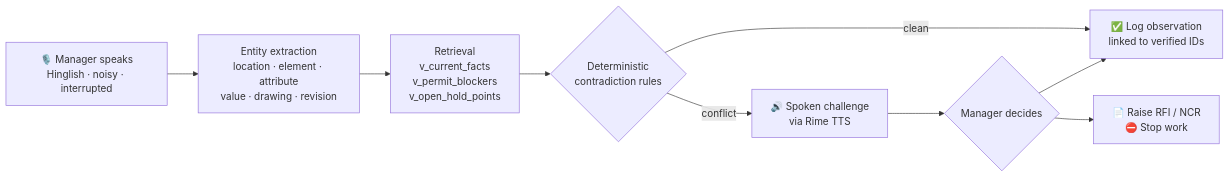
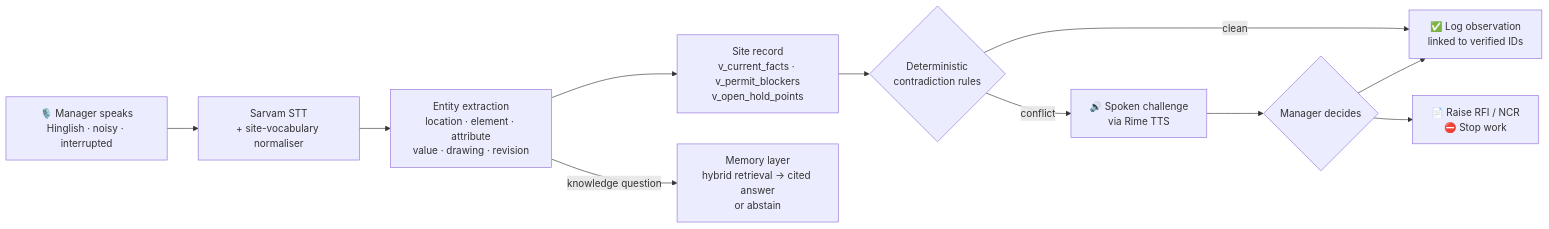
Before and after one commit to atharvavdeo/vesper-ai: the diagram in README.md, drawn with Mermaid. The commit also changed other lines of this file and 5 other files, not shown here.

Commit message:
Updated README, architecture and demo docs for v2

````diff
--- a/README.md
+++ b/README.md
@@ -65,11 +79,13 @@
 ```mermaid
 flowchart LR
-    A["🎙️ Manager speaks<br/>Hinglish · noisy · interrupted"] --> B["Entity extraction<br/>location · element · attribute<br/>value · drawing · revision"]
-    B --> C["Retrieval<br/>v_current_facts<br/>v_permit_blockers<br/>v_open_hold_points"]
+    A["🎙️ Manager speaks<br/>Hinglish · noisy · interrupted"] --> S["Sarvam STT<br/>+ site-vocabulary normaliser"]
+    S --> B["Entity extraction<br/>location · element · attribute<br/>value · drawing · revision"]
+    B --> C["Site record<br/>v_current_facts · v_permit_blockers<br/>v_open_hold_points"]
     C --> D{"Deterministic<br/>contradiction rules"}
     D -->|clean| E["✅ Log observation<br/>linked to verified IDs"]
     D -->|conflict| F["🔊 Spoken challenge<br/>via Rime TTS"]
     F --> G{"Manager decides"}
     G --> E
     G --> H["📄 Raise RFI / NCR<br/>⛔ Stop work"]
+    B -->|knowledge question| M["Memory layer<br/>hybrid retrieval → cited answer<br/>or abstain"]
 ```
````
